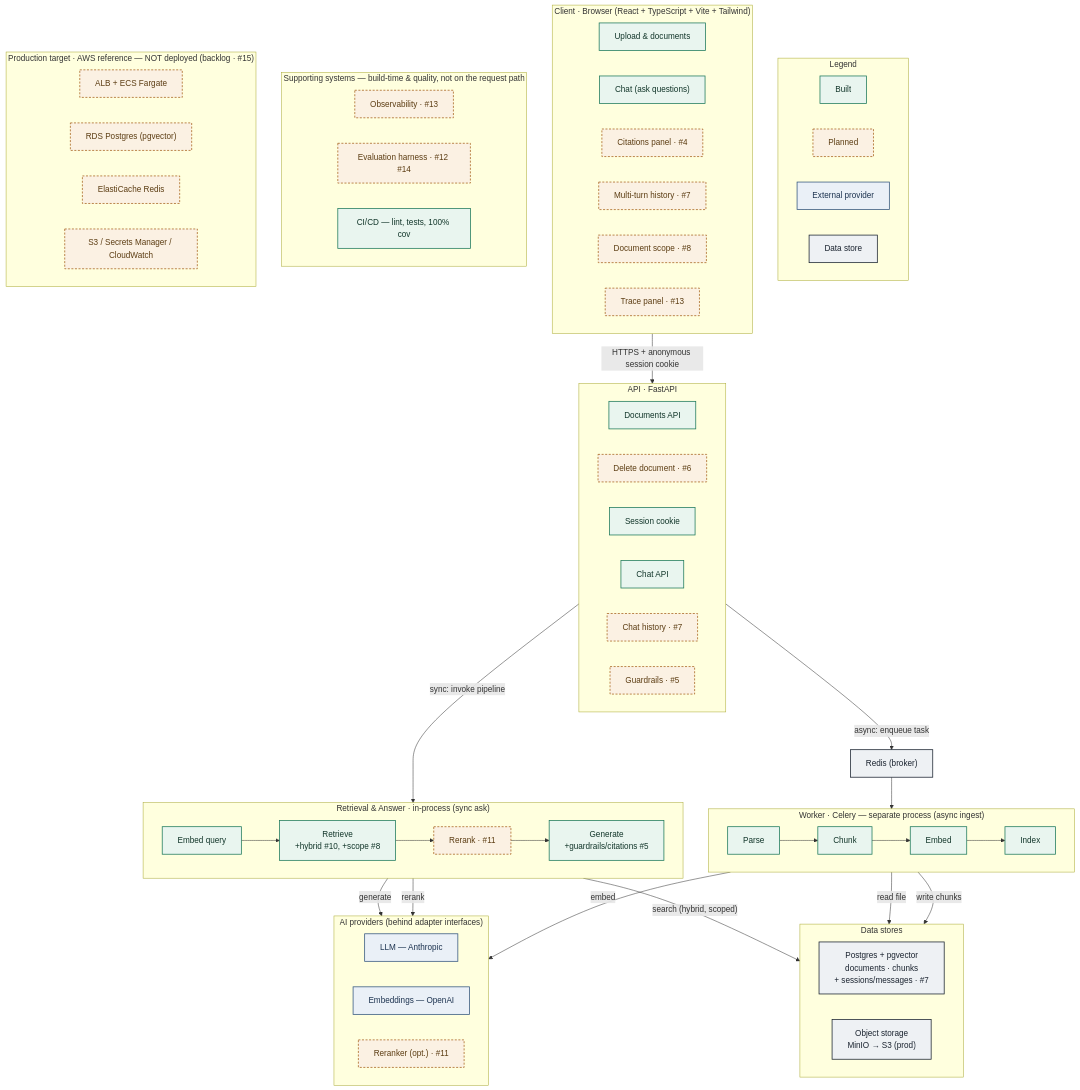
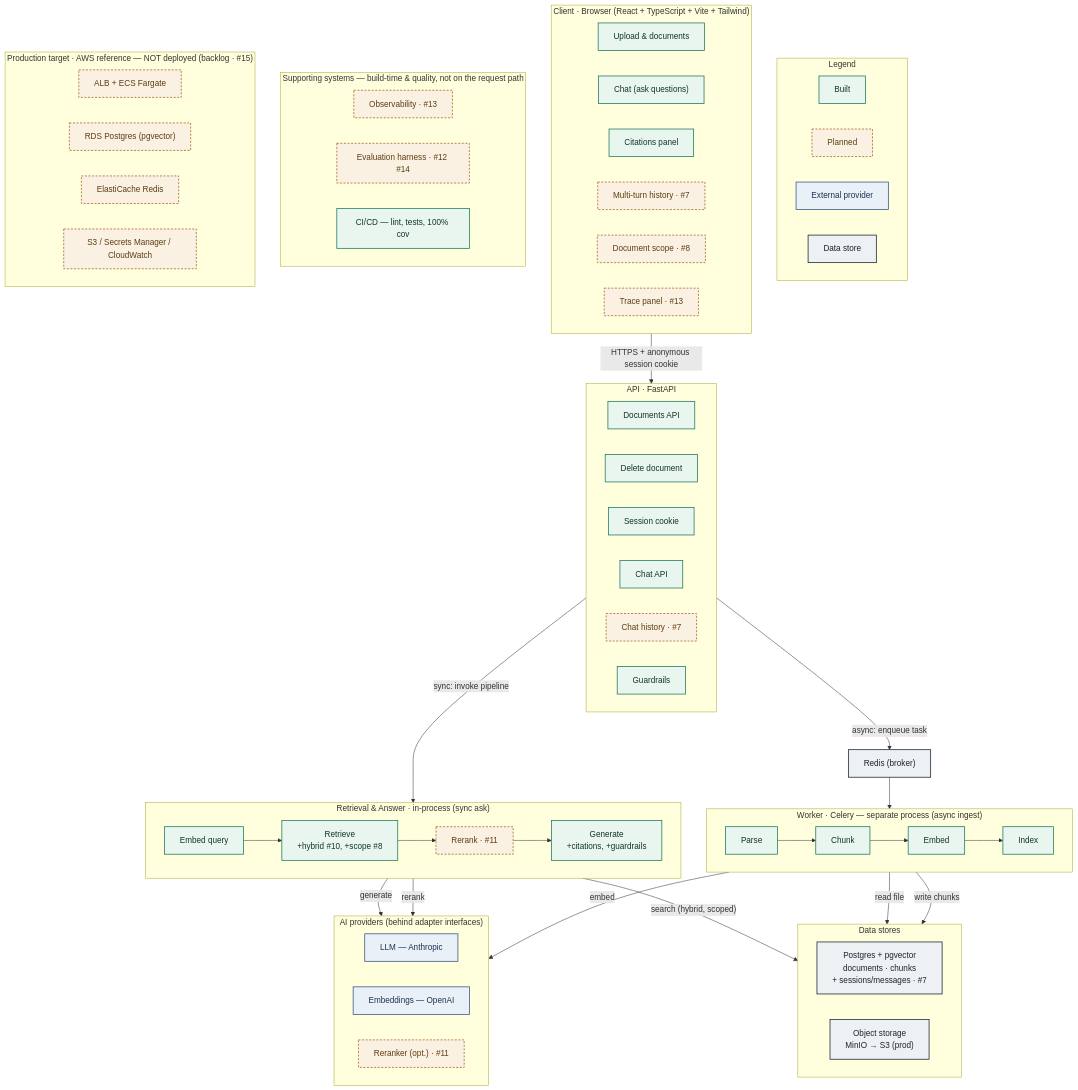
Before and after one commit to amiaynara/chat-with-your-docs: the diagram in docs/architecture.md, drawn with Mermaid. The commit also changed other lines of this file, not shown here.

First line of the commit message:
docs: mark tickets 4-6 built in the architecture ledger

```diff
--- a/docs/architecture.md
+++ b/docs/architecture.md
@@ -33,7 +33,7 @@
         direction LR
         C1["Upload & documents"]:::built
         C2["Chat (ask questions)"]:::built
-        C3["Citations panel · #4"]:::planned
+        C3["Citations panel"]:::built
         C4["Multi-turn history · #7"]:::planned
         C5["Document scope · #8"]:::planned
         C6["Trace panel · #13"]:::planned
@@ -42,11 +42,11 @@
     subgraph API["API · FastAPI"]
         direction LR
         A1["Documents API"]:::built
-        A2["Delete document · #6"]:::planned
+        A2["Delete document"]:::built
         A3["Session cookie"]:::built
         A4["Chat API"]:::built
         A5["Chat history · #7"]:::planned
-        A6["Guardrails · #5"]:::planned
+        A6["Guardrails"]:::built
     end
 
     R["Redis (broker)"]:::store
@@ -58,7 +58,7 @@
 
     subgraph ASK["Retrieval & Answer · in-process (sync ask)"]
         direction LR
-        Q1["Embed query"]:::built --> Q2["Retrieve<br/>+hybrid #10, +scope #8"]:::built --> Q3["Rerank · #11"]:::planned --> Q4["Generate<br/>+guardrails/citations #5"]:::built
+        Q1["Embed query"]:::built --> Q2["Retrieve<br/>+hybrid #10, +scope #8"]:::built --> Q3["Rerank · #11"]:::planned --> Q4["Generate<br/>+citations, +guardrails"]:::built
     end
 
     subgraph DATA["Data stores"]
```
